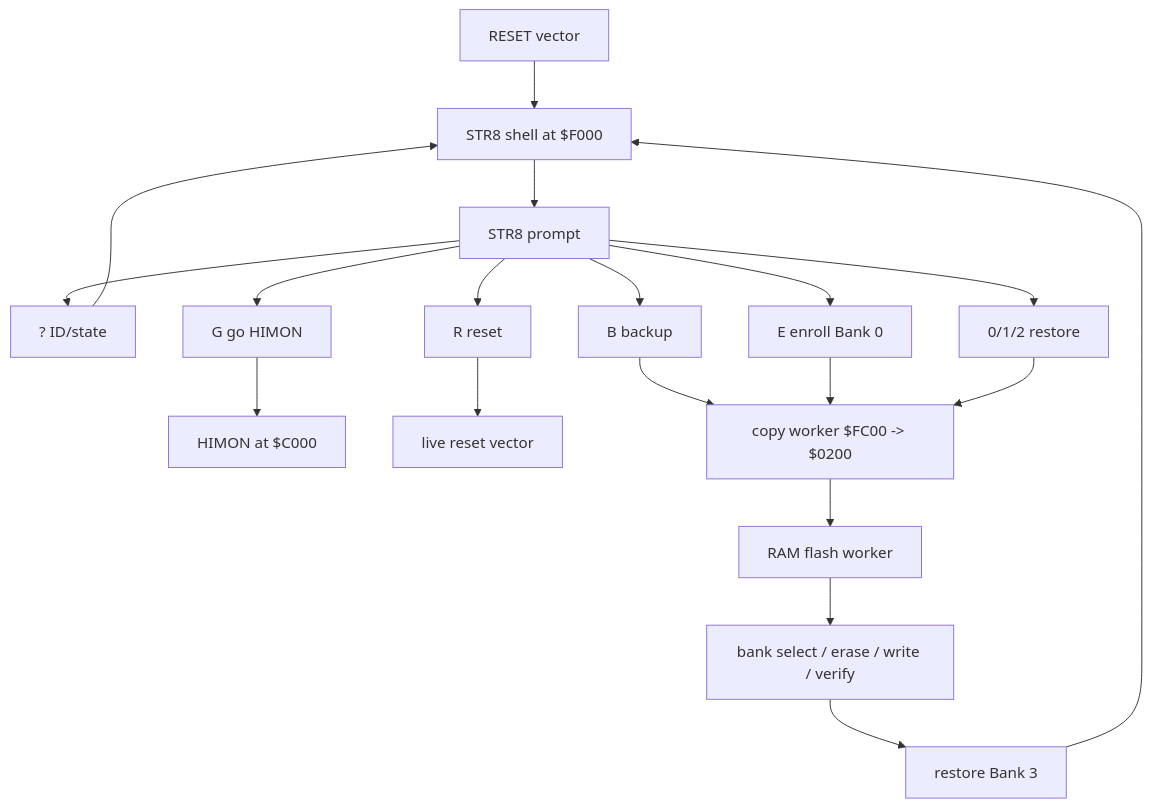
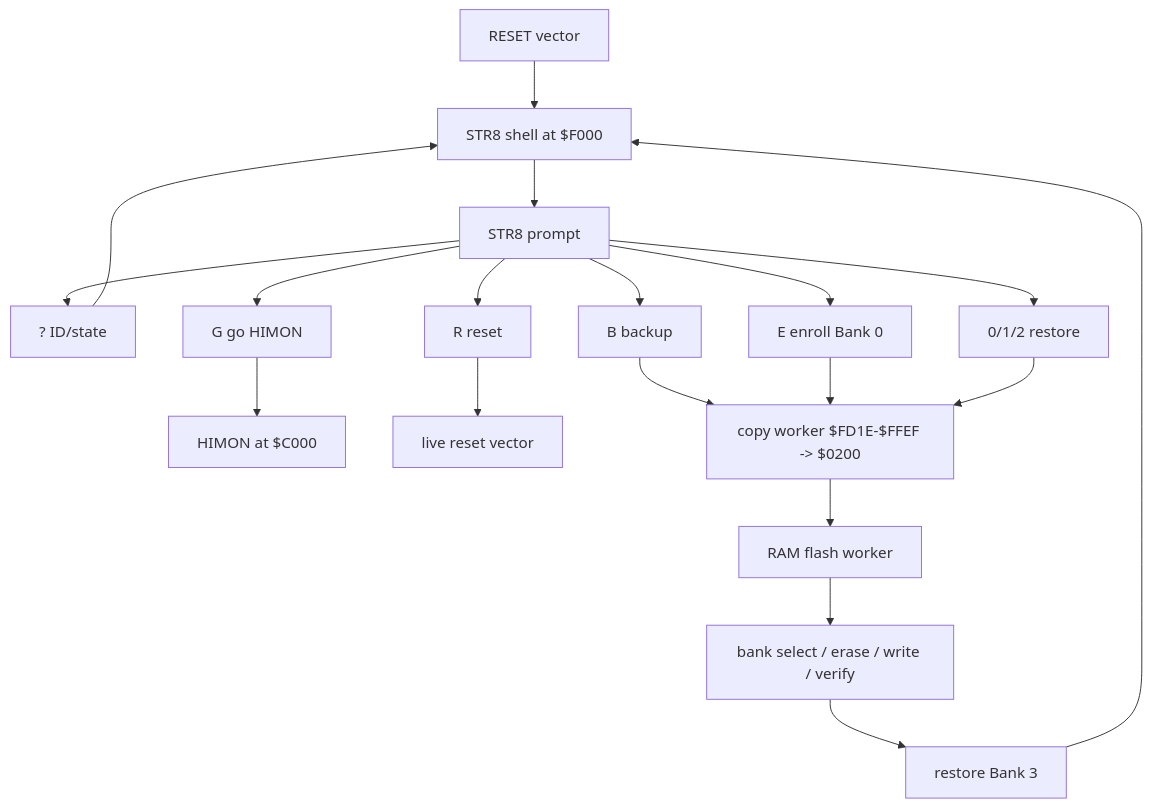
One commit to 95westus/R-YORS changed the second of 3 diagrams in DOC/GUIDES/STR8/STR8.md. Above: the diagram before and after it, drawn with Mermaid. The commit also changed other lines of this file and 126 other files, not shown here.

````diff
--- a/DOC/GUIDES/STR8/STR8.md
+++ b/DOC/GUIDES/STR8/STR8.md
@@ -597,25 +604,25 @@
 ```mermaid
 flowchart TD
     RESET[RESET vector] --> STR8[STR8 shell at $F000]
     STR8 --> PROMPT[STR8 prompt]
 
     PROMPT --> Q[? ID/state]
     PROMPT --> B[B backup]
     PROMPT --> E[E enroll Bank 0]
     PROMPT --> RST[0/1/2 restore]
     PROMPT --> G[G go HIMON]
     PROMPT --> R[R reset]
 
     G --> HIMON[HIMON at $C000]
     R --> RESETV[live reset vector]
 
-    B --> COPY[copy worker $FC00 -> $0200]
+    B --> COPY[copy worker $FD1E-$FFEF -> $0200]
     E --> COPY
     RST --> COPY
     COPY --> WORKER[RAM flash worker]
     WORKER --> FLASH[bank select / erase / write / verify]
     FLASH --> BANK3[restore Bank 3]
     BANK3 --> STR8
 
     Q --> STR8
 ```
````
